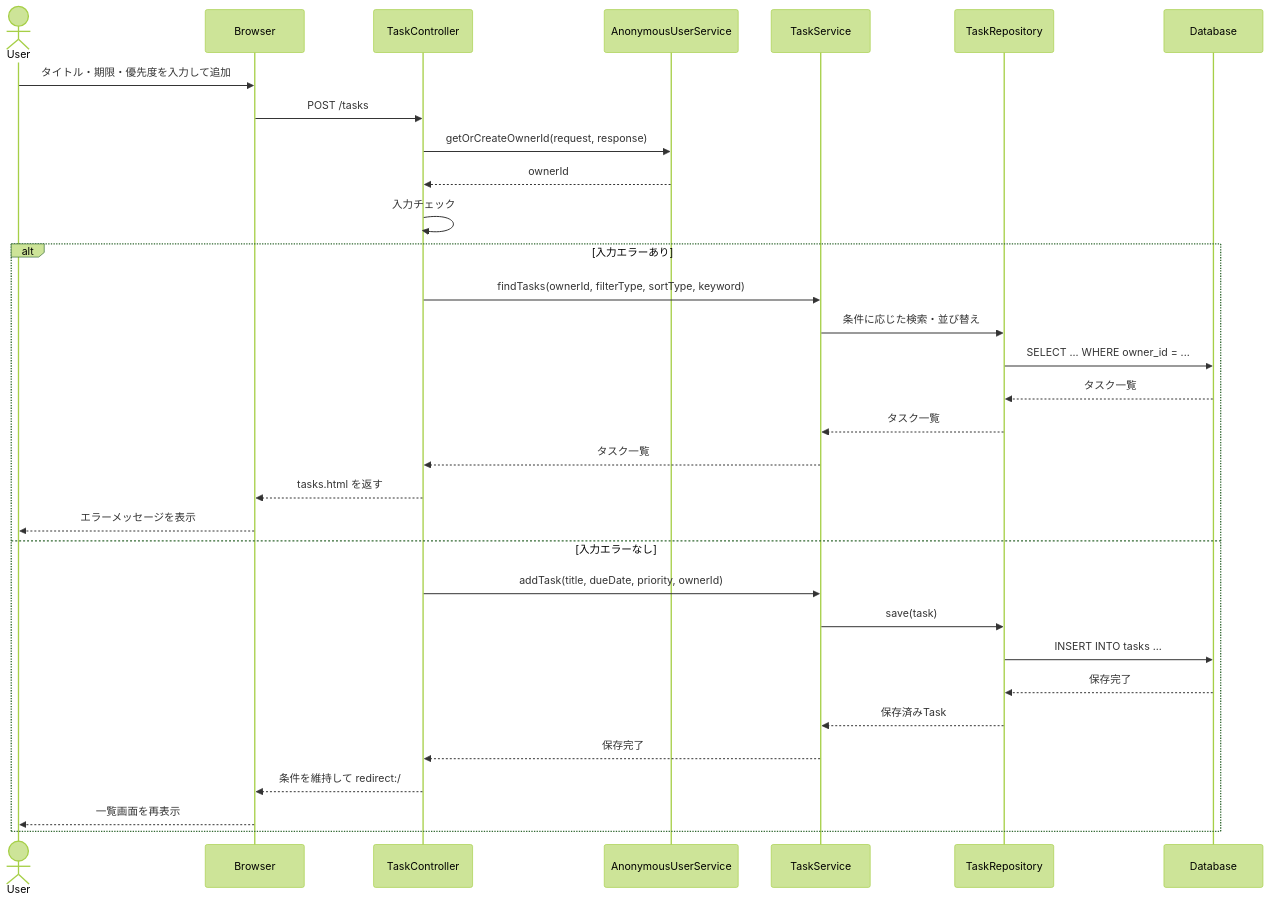
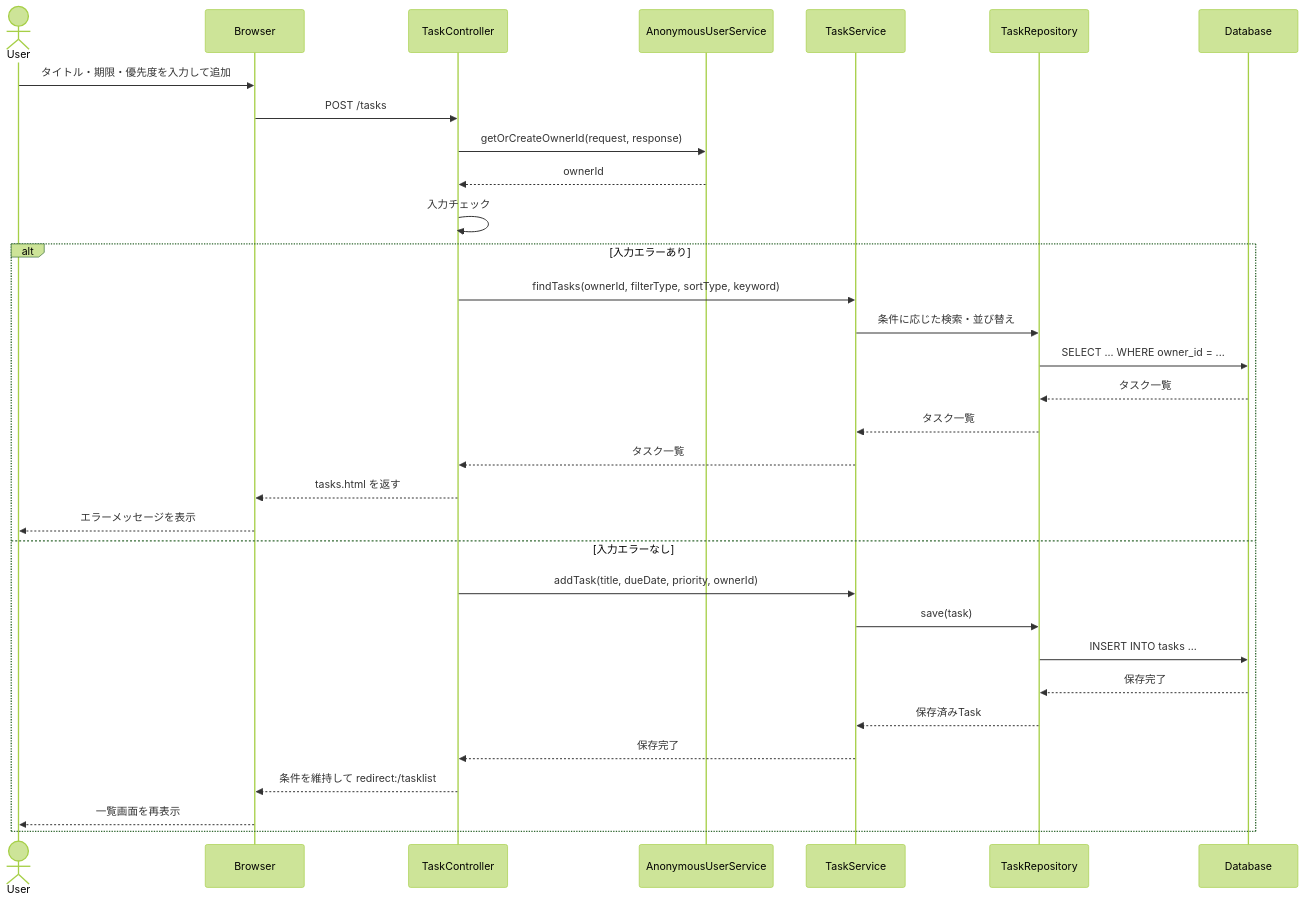
Before and after one commit to mkunori/TaskList: the second of 4 diagrams in README.md, drawn with Mermaid (forest theme). The commit also changed other lines of this file and 1 other file, not shown here.

Commit message:
検索条件のリセットボタンを押したときにリダイレクト先が間違っていた

````diff
--- a/README.md
+++ b/README.md
@@ -192,36 +192,36 @@
 ```mermaid
 sequenceDiagram
     actor User
     participant Browser
     participant TaskController
     participant AnonymousUserService
     participant TaskService
     participant TaskRepository
     participant Database
 
     User->>Browser: タイトル・期限・優先度を入力して追加
     Browser->>TaskController: POST /tasks
     TaskController->>AnonymousUserService: getOrCreateOwnerId(request, response)
     AnonymousUserService-->>TaskController: ownerId
     TaskController->>TaskController: 入力チェック
 
     alt 入力エラーあり
         TaskController->>TaskService: findTasks(ownerId, filterType, sortType, keyword)
         TaskService->>TaskRepository: 条件に応じた検索・並び替え
         TaskRepository->>Database: SELECT ... WHERE owner_id = ...
         Database-->>TaskRepository: タスク一覧
         TaskRepository-->>TaskService: タスク一覧
         TaskService-->>TaskController: タスク一覧
         TaskController-->>Browser: tasks.html を返す
         Browser-->>User: エラーメッセージを表示
     else 入力エラーなし
         TaskController->>TaskService: addTask(title, dueDate, priority, ownerId)
         TaskService->>TaskRepository: save(task)
         TaskRepository->>Database: INSERT INTO tasks ...
         Database-->>TaskRepository: 保存完了
         TaskRepository-->>TaskService: 保存済みTask
         TaskService-->>TaskController: 保存完了
-        TaskController-->>Browser: 条件を維持して redirect:/
+        TaskController-->>Browser: 条件を維持して redirect:/tasklist
         Browser-->>User: 一覧画面を再表示
     end
 ```
````
